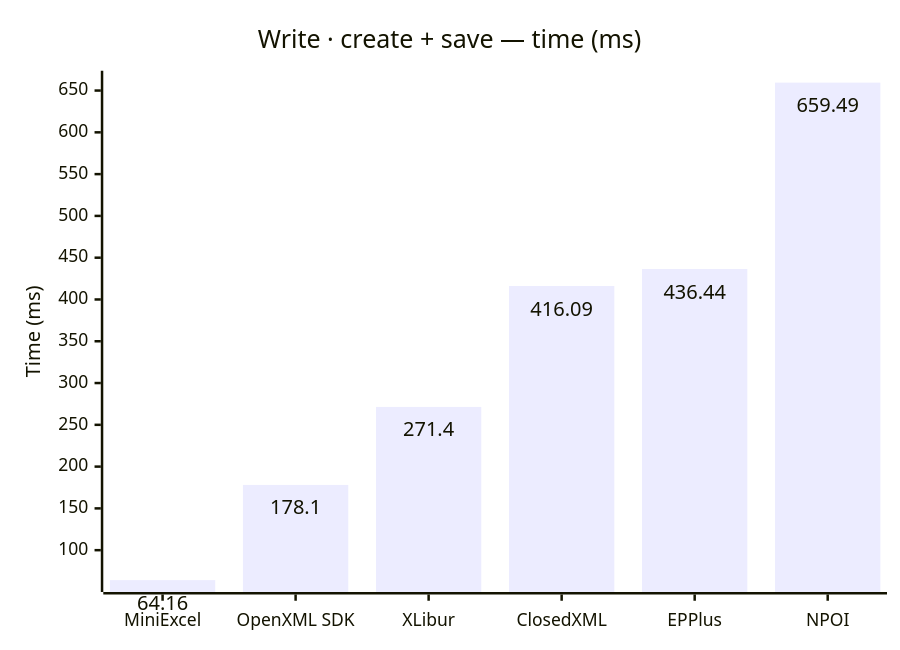
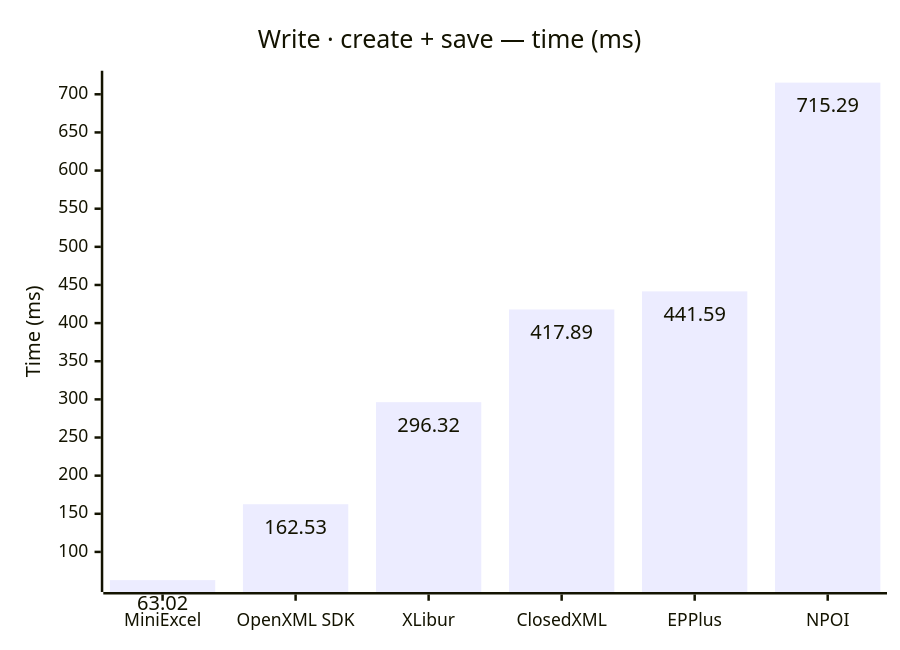
The fifth of 6 diagrams in docs/results.md (jafin/XLBench), drawn with Mermaid before and after one commit. The commit also changed other lines of this file and 4 other files, not shown here.

````diff
--- a/docs/results.md
+++ b/docs/results.md
@@ -86,12 +86,12 @@
 ```mermaid
 ---
 config:
   xyChart:
     showDataLabel: true
 ---
 xychart-beta
     title "Write · create + save — time (ms)"
     x-axis ["MiniExcel", "OpenXML SDK", "XLibur", "ClosedXML", "EPPlus", "NPOI"]
     y-axis "Time (ms)"
-    bar [64.16, 178.1, 271.4, 416.09, 436.44, 659.49]
+    bar [63.02, 162.53, 296.32, 417.89, 441.59, 715.29]
 ```
````
